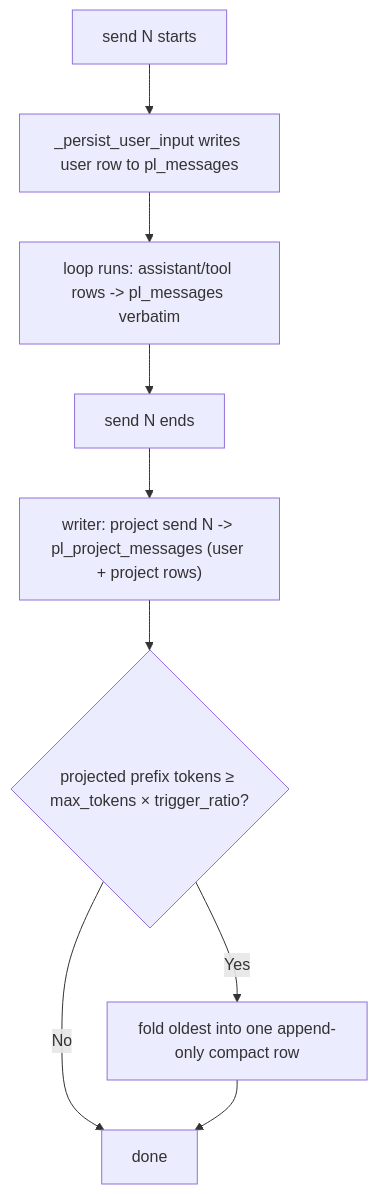
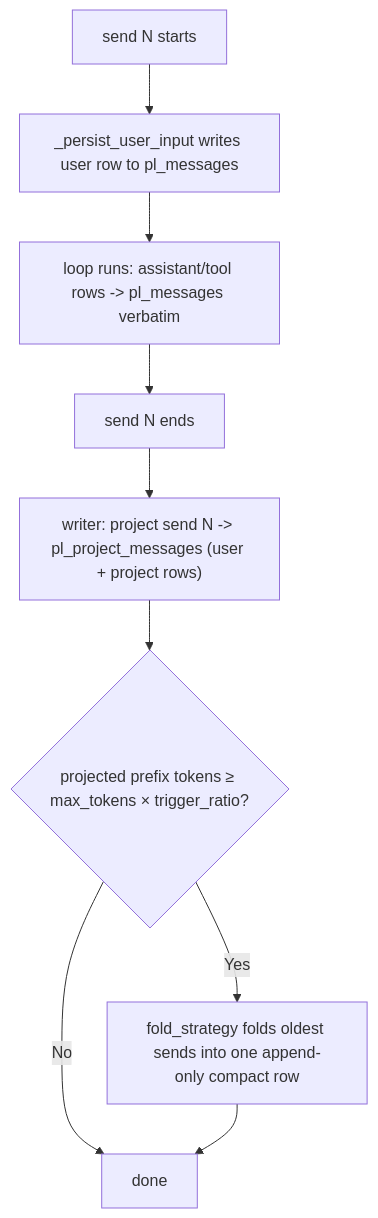
The diagram in docs/en/user-guide/send-context-projection.md (PL-play/power-loop), drawn with Mermaid before and after one commit. The commit also changed other lines of this file and 17 other files, not shown here.

````diff
--- a/docs/en/user-guide/send-context-projection.md
+++ b/docs/en/user-guide/send-context-projection.md
@@ -20,11 +30,11 @@
 ```mermaid
 flowchart TD
     S[send N starts] --> P[_persist_user_input writes user row to pl_messages]
     P --> L[loop runs: assistant/tool rows -> pl_messages verbatim]
     L --> F[send N ends]
     F --> W["writer: project send N -> pl_project_messages (user + project rows)"]
     W --> C{"projected prefix tokens ≥ max_tokens × trigger_ratio?"}
-    C -->|Yes| K[fold oldest into one append-only compact row]
+    C -->|Yes| K[fold_strategy folds oldest sends into one append-only compact row]
     C -->|No| Z[done]
     K --> Z
 ```
````
